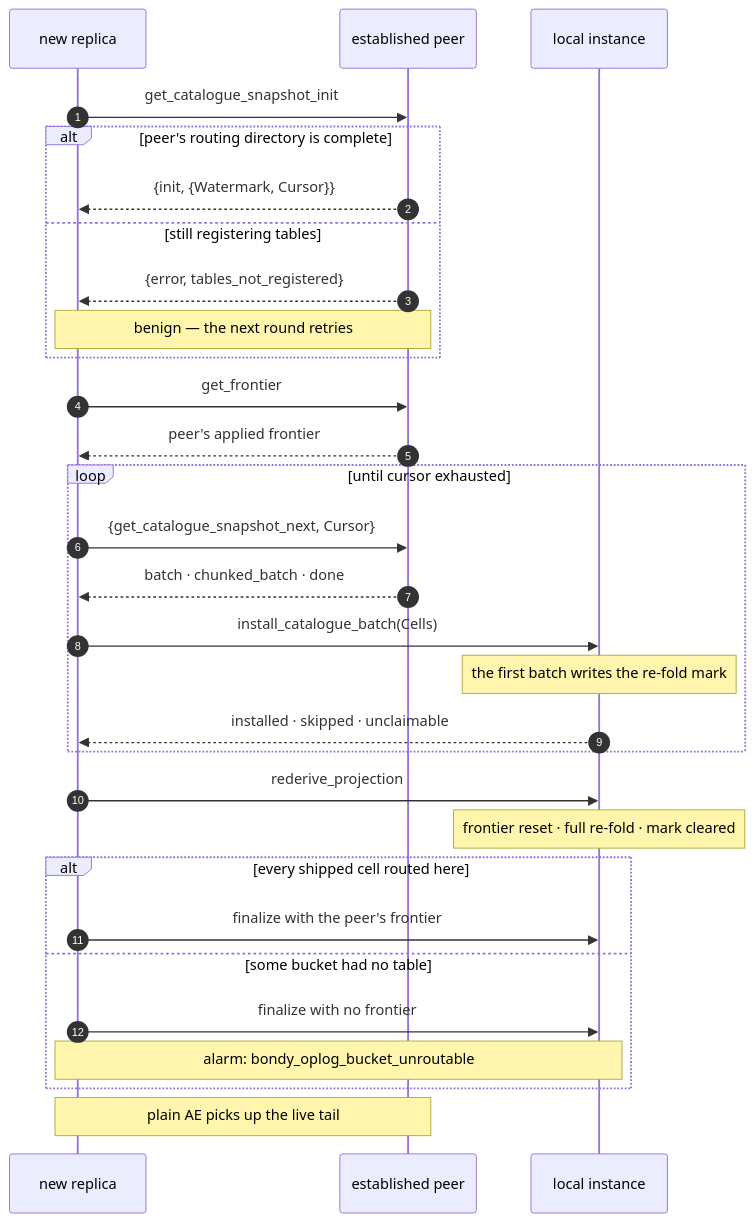
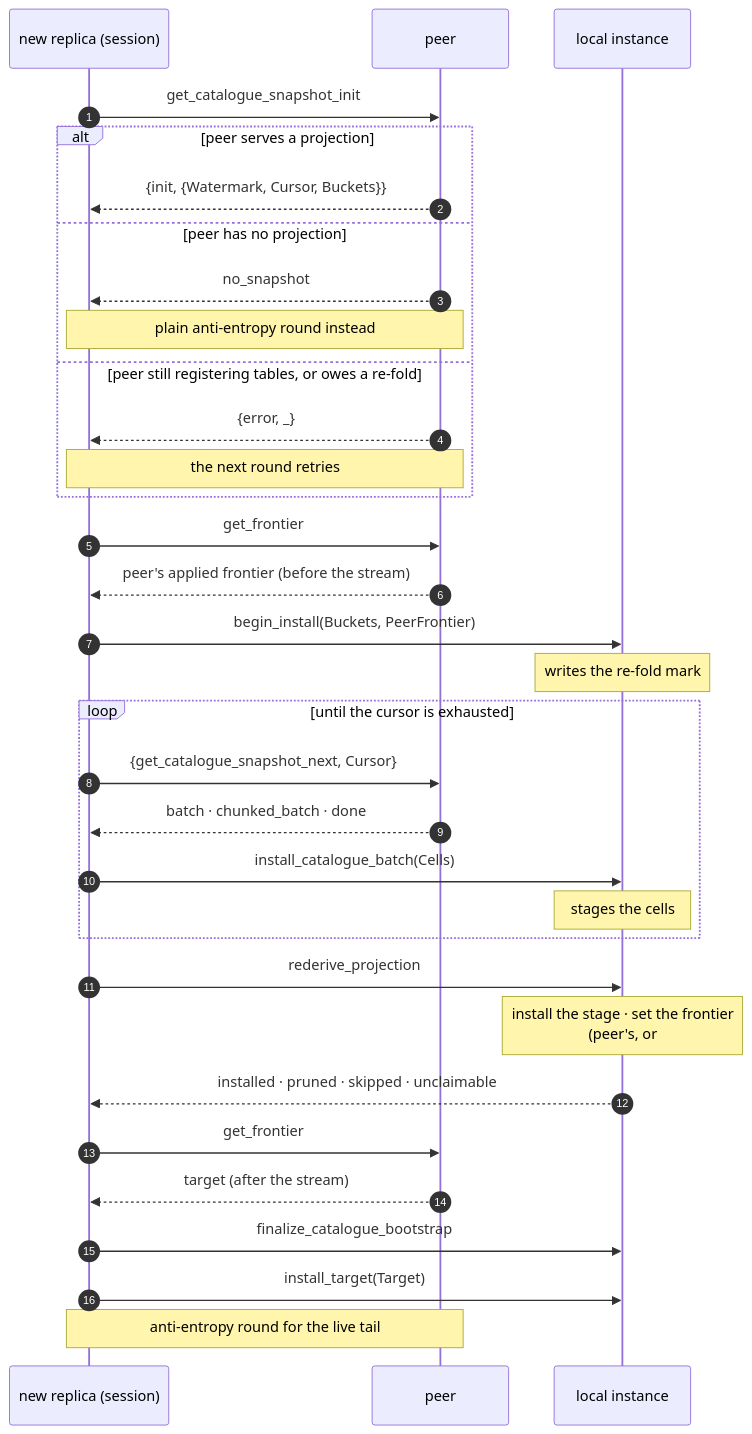
Diagram 12 of 15 in apps/bondy_db/doc_extras/architecture/06_compaction_and_bootstrap.md (bondy-io/bondy), drawn with Mermaid before and after one commit. The commit also changed other lines of this file and 449 other files, not shown here.

````diff
--- a/apps/bondy_db/doc_extras/architecture/06_compaction_and_bootstrap.md
+++ b/apps/bondy_db/doc_extras/architecture/06_compaction_and_bootstrap.md
@@ -717,33 +850,36 @@
 ```mermaid
 sequenceDiagram
     autonumber
-    participant New as new replica
-    participant Peer as established peer
+    participant New as new replica (session)
+    participant Peer as peer
     participant Local as local instance
 
     New->>Peer: get_catalogue_snapshot_init
-    alt peer's routing directory is complete
-        Peer-->>New: {init, {Watermark, Cursor}}
-    else still registering tables
-        Peer-->>New: {error, tables_not_registered}
-        Note over New,Peer: benign — the next round retries
+    alt peer serves a projection
+        Peer-->>New: {init, {Watermark, Cursor, Buckets}}
+    else peer has no projection
+        Peer-->>New: no_snapshot
+        Note over New,Peer: plain anti-entropy round instead
+    else peer still registering tables, or owes a re-fold
+        Peer-->>New: {error, _}
+        Note over New,Peer: the next round retries
     end
     New->>Peer: get_frontier
-    Peer-->>New: peer's applied frontier
-    loop until cursor exhausted
+    Peer-->>New: peer's applied frontier (before the stream)
+    New->>Local: begin_install(Buckets, PeerFrontier)
+    Note over Local: writes the re-fold mark
+    loop until the cursor is exhausted
         New->>Peer: {get_catalogue_snapshot_next, Cursor}
         Peer-->>New: batch · chunked_batch · done
         New->>Local: install_catalogue_batch(Cells)
-        Note over Local: the first batch writes the re-fold mark
-        Local-->>New: installed · skipped · unclaimable
+        Note over Local: stages the cells
     end
     New->>Local: rederive_projection
-    Note over Local: frontier reset · full re-fold · mark cleared
-    alt every shipped cell routed here
-        New->>Local: finalize with the peer's frontier
-    else some bucket had no table
-        New->>Local: finalize with no frontier
-        Note over New,Local: alarm: bondy_oplog_bucket_unroutable
-    end
-    Note over New,Peer: plain AE picks up the live tail
+    Note over Local: install the stage · set the frontier<br/>(peer's, or #{}) · re-fold the MST
+    Local-->>New: installed · pruned · skipped · unclaimable
+    New->>Peer: get_frontier
+    Peer-->>New: target (after the stream)
+    New->>Local: finalize_catalogue_bootstrap
+    New->>Local: install_target(Target)
+    Note over New,Peer: anti-entropy round for the live tail
 ```
````
